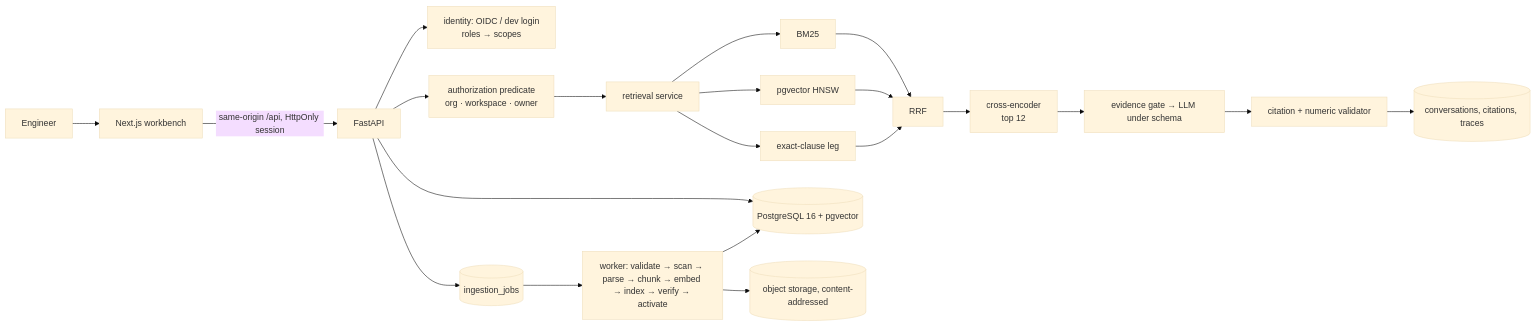
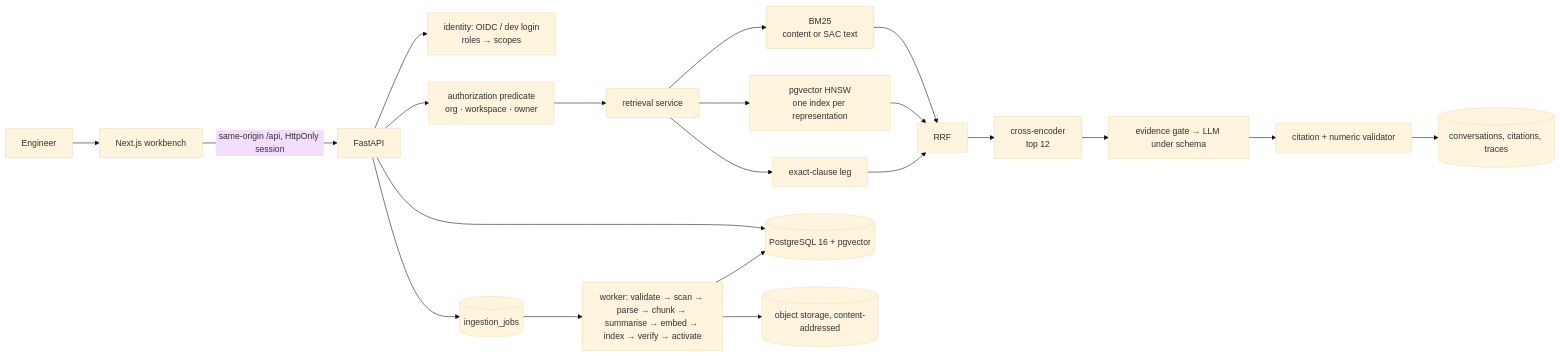
The diagram in README.md (Sharan099/safety-assistant), drawn with Mermaid (base theme) before and after one commit. The commit also changed other lines of this file and 62 other files, not shown here.

````diff
--- a/README.md
+++ b/README.md
@@ -90,23 +124,23 @@
 ```mermaid
 flowchart LR
     U[Engineer] --> W[Next.js workbench]
     W -->|same-origin /api, HttpOnly session| A[FastAPI]
     A --> AUTH[identity: OIDC / dev login<br/>roles → scopes]
     A --> P[authorization predicate<br/>org · workspace · owner]
     P --> R[retrieval service]
-    R --> S[BM25]
-    R --> D[pgvector HNSW]
+    R --> S[BM25<br/>content or SAC text]
+    R --> D[pgvector HNSW<br/>one index per representation]
     R --> X[exact-clause leg]
     S --> F[RRF]
     D --> F
     X --> F
     F --> RR[cross-encoder<br/>top 12]
     RR --> G[evidence gate → LLM under schema]
     G --> V[citation + numeric validator]
     V --> C[(conversations, citations, traces)]
     A --> DB[(PostgreSQL 16 + pgvector)]
     A --> Q[(ingestion_jobs)]
-    Q --> WK[worker: validate → scan → parse → chunk → embed → index → verify → activate]
+    Q --> WK[worker: validate → scan → parse → chunk → summarise → embed → index → verify → activate]
     WK --> OBJ[(object storage, content-addressed)]
     WK --> DB
 ```
````
